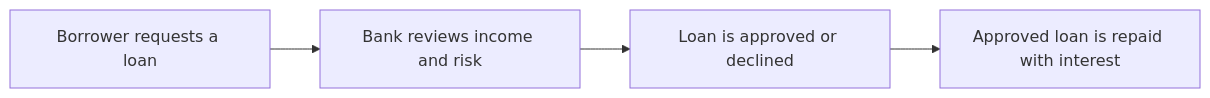
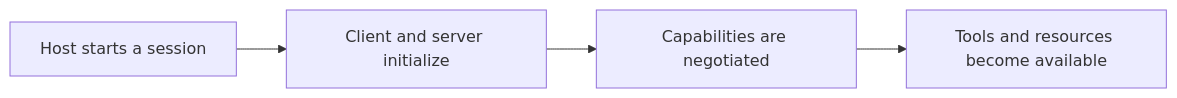
The second of 3 diagrams in docs/03-training-and-inference.md (akhilmakol/how-mcp-works), drawn with Mermaid before and after one commit. The commit also changed other lines of this file and 9 other files, not shown here.

````diff
--- a/docs/03-training-and-inference.md
+++ b/docs/03-training-and-inference.md
@@ -23,6 +23,6 @@
 ```mermaid
 flowchart LR
-    A["Borrower requests a loan"] --> B["Bank reviews income and risk"]
-    B --> C["Loan is approved or declined"]
-    C --> D["Approved loan is repaid with interest"]
+    A["Host starts a session"] --> B["Client and server initialize"]
+    B --> C["Capabilities are negotiated"]
+    C --> D["Tools and resources become available"]
 ```
````
